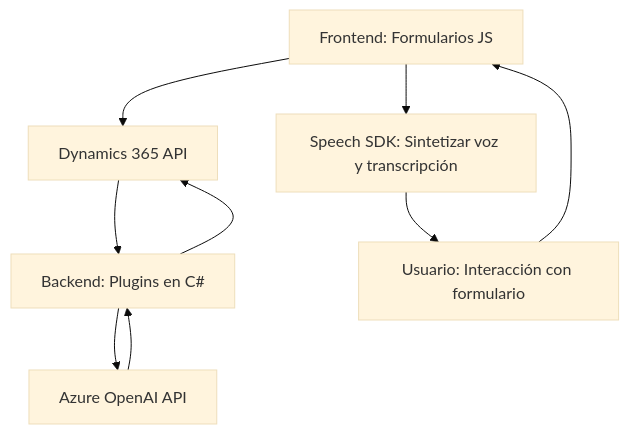
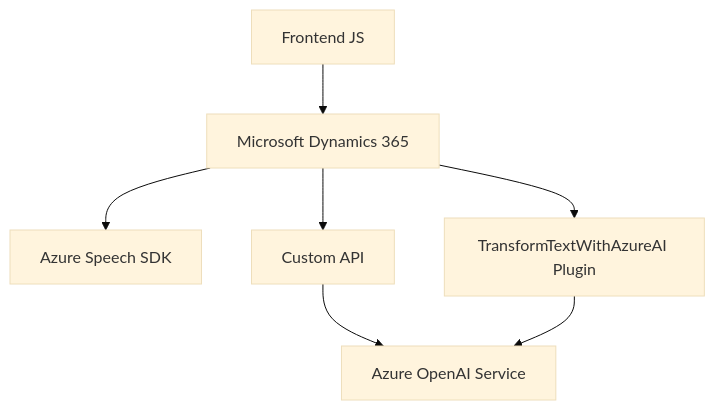
One commit to blopezdm/NETCORE_BILBAO2025 changed the diagram in README.md. Above: the diagram before and after it, drawn with Mermaid (base theme). The commit also changed other lines of this file, not shown here.

Commit message:
Actualizar análisis global de la solución con IA

````diff
--- a/README.md
+++ b/README.md
@@ -43,19 +32,9 @@
 ```mermaid
 graph TD
-    A["Frontend: Formularios JS"]
-    B["Speech SDK: Sintetizar voz y transcripción"]
-    C["Dynamics 365 API"]
-    D["Backend: Plugins en C#"]
-    E["Azure OpenAI API"]
-    F["Usuario: Interacción con formulario"]
-
-    F --> A
-    A --> B
-    A --> C
-    B --> F
-
-    C --> D
-    D --> E
-    E --> D
-    D --> C
+    A["Frontend JS"] --> B["Microsoft Dynamics 365"]
+    B --> C["Azure Speech SDK"]
+    B --> D["Custom API"]
+    D --> E["Azure OpenAI Service"]
+    B --> F["TransformTextWithAzureAI Plugin"]
+    F --> E
 ```
````
